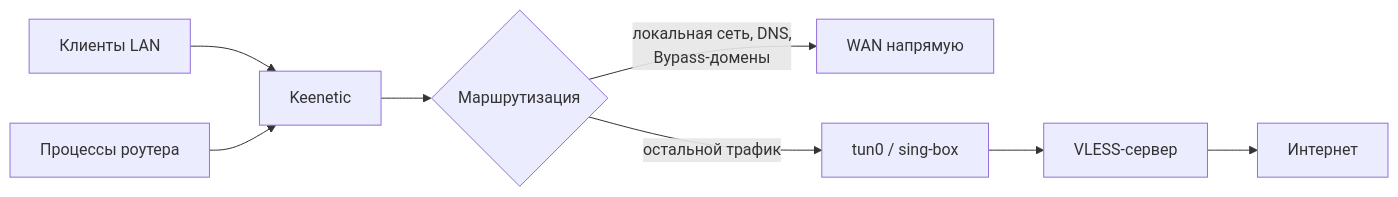
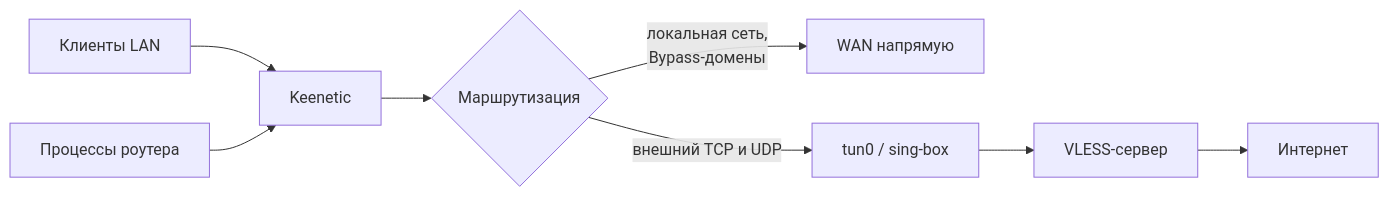
Before and after one commit to wad350/vless-manager: the diagram in docs/USER_GUIDE.md, drawn with Mermaid. The commit also changed other lines of this file and 753 other files, not shown here.

Commit message:
feat: add extended sing-box and full UDP routing

````diff
--- a/docs/USER_GUIDE.md
+++ b/docs/USER_GUIDE.md
@@ -9,10 +9,10 @@
 ```mermaid
 flowchart LR
     LAN["Клиенты LAN"] --> ROUTER["Keenetic"]
     LOCAL["Процессы роутера"] --> ROUTER
     ROUTER --> RULES{"Маршрутизация"}
-    RULES -->|"локальная сеть, DNS,<br/>Bypass-домены"| WAN["WAN напрямую"]
-    RULES -->|"остальной трафик"| TUN["tun0 / sing-box"]
+    RULES -->|"локальная сеть,<br/>Bypass-домены"| WAN["WAN напрямую"]
+    RULES -->|"внешний TCP и UDP"| TUN["tun0 / sing-box"]
     TUN --> VLESS["VLESS-сервер"]
     VLESS --> INTERNET["Интернет"]
 ```
````
